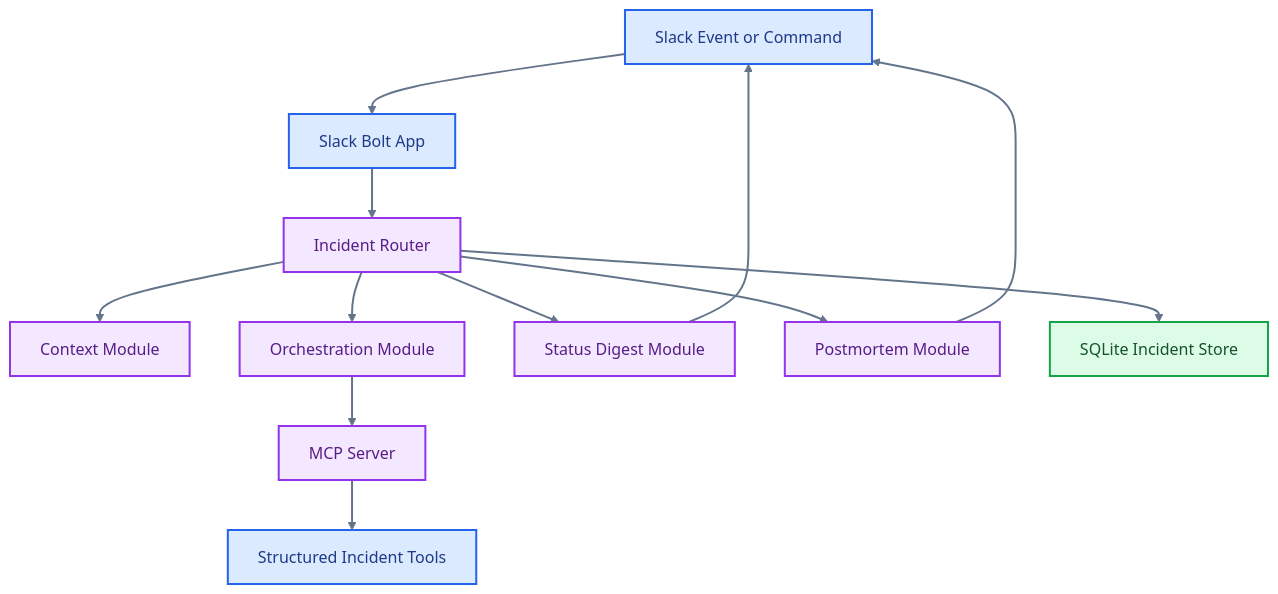
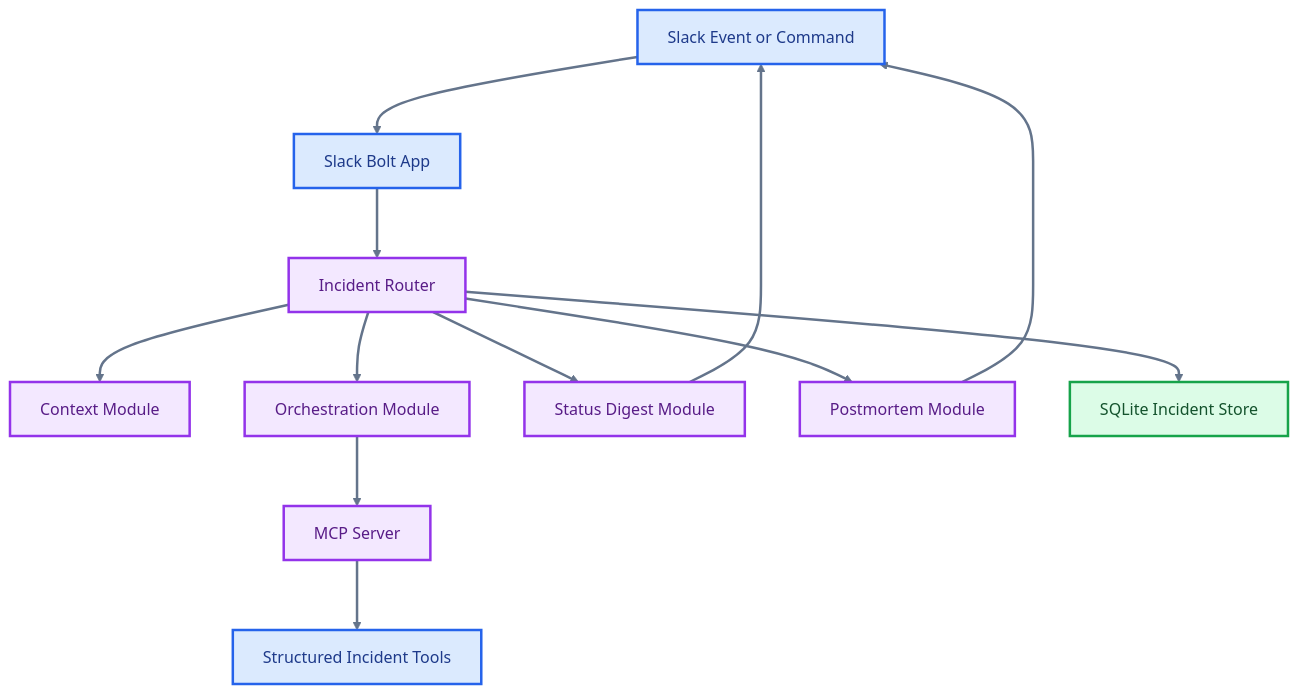
The diagram in README.md (skx56/Relay-AI-Incident-Commander-for-Slack), drawn with Mermaid before and after one commit.

Commit message:
Make README architecture diagram vertical

````diff
--- a/README.md
+++ b/README.md
@@ -30,24 +30,25 @@
 ```mermaid
+%%{init: {"flowchart": {"nodeSpacing": 55, "rankSpacing": 70, "curve": "basis"}, "themeVariables": {"fontSize": "16px", "fontFamily": "Inter, ui-sans-serif, system-ui, -apple-system, BlinkMacSystemFont, Segoe UI, sans-serif"}}}%%
 flowchart TD
   Slack["Slack Event or Command"] --> App["Slack Bolt App"]
   App --> Router["Incident Router"]
   Router --> Context["Context Module"]
   Router --> Orchestrator["Orchestration Module"]
   Router --> Digest["Status Digest Module"]
   Router --> Postmortem["Postmortem Module"]
   Orchestrator --> MCP["MCP Server"]
   MCP --> Tools["Structured Incident Tools"]
   Router --> DB["SQLite Incident Store"]
   Digest --> Slack
   Postmortem --> Slack
 
-  classDef inputs fill:#FEF3C7,stroke:#D97706,color:#78350F,stroke-width:2px;
-  classDef process fill:#DBEAFE,stroke:#2563EB,color:#1E3A8A,stroke-width:2px;
-  classDef data fill:#DCFCE7,stroke:#16A34A,color:#14532D,stroke-width:2px;
-  classDef agent fill:#F3E8FF,stroke:#9333EA,color:#581C87,stroke-width:2px;
-  classDef output fill:#FFE4E6,stroke:#E11D48,color:#881337,stroke-width:2px;
+  classDef inputs fill:#FEF3C7,stroke:#D97706,color:#78350F,stroke-width:2.5px;
+  classDef process fill:#DBEAFE,stroke:#2563EB,color:#1E3A8A,stroke-width:2.5px;
+  classDef data fill:#DCFCE7,stroke:#16A34A,color:#14532D,stroke-width:2.5px;
+  classDef agent fill:#F3E8FF,stroke:#9333EA,color:#581C87,stroke-width:2.5px;
+  classDef output fill:#FFE4E6,stroke:#E11D48,color:#881337,stroke-width:2.5px;
   class Slack,App,Tools process;
   class DB data;
   class Router,Context,Orchestrator,Digest,Postmortem,MCP agent;
-  linkStyle default stroke:#64748B,stroke-width:2px;
+  linkStyle default stroke:#64748B,stroke-width:2.5px;
 ```
````
